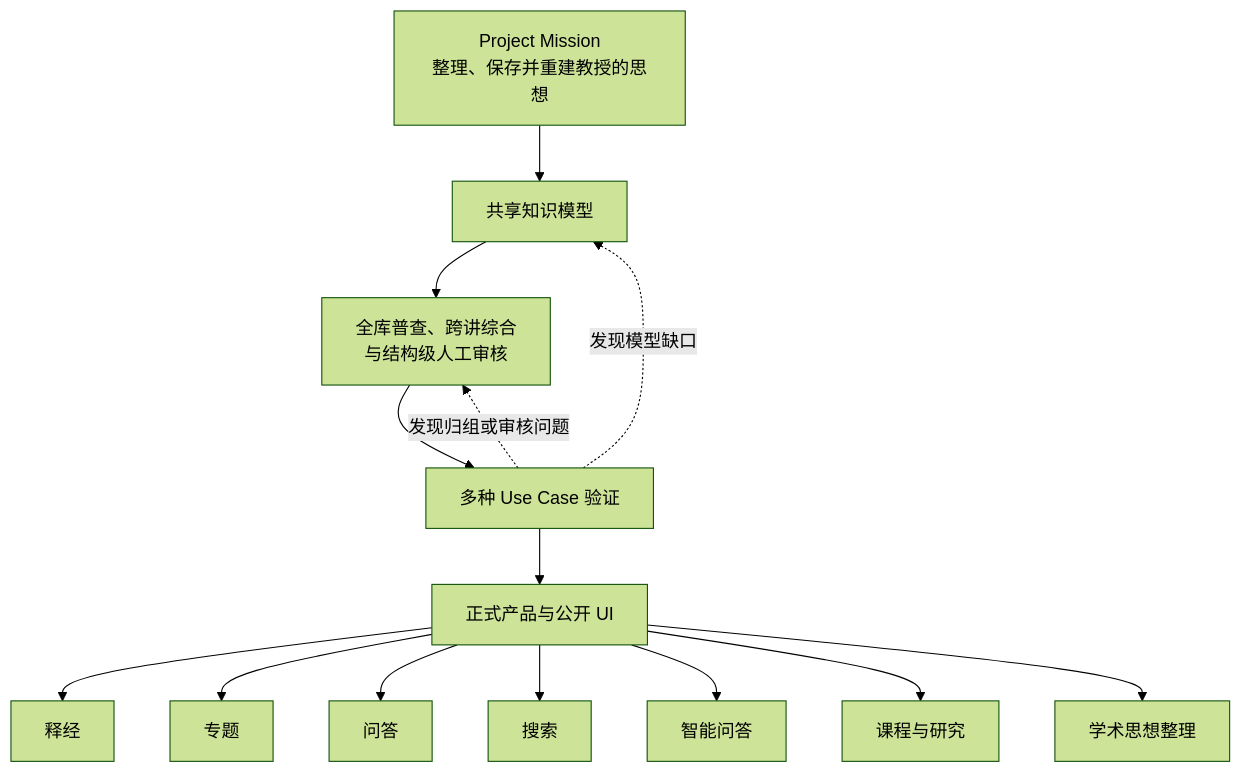
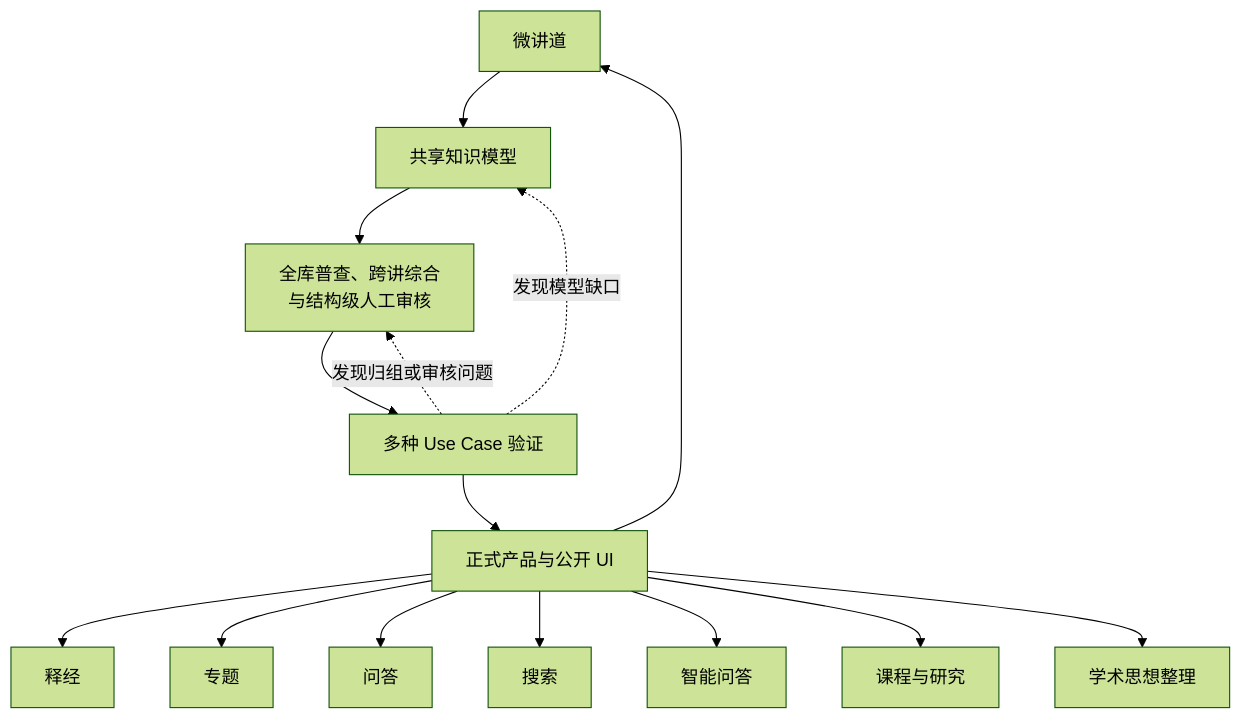
Before and after one commit to junyang168/smart-answer: the second of 9 diagrams in docs/wang-knowledge-platform/knowledge_platform_design.md, drawn with Mermaid (forest theme). The commit also changed other lines of this file and 158 other files, not shown here.

````diff
--- a/docs/wang-knowledge-platform/knowledge_platform_design.md
+++ b/docs/wang-knowledge-platform/knowledge_platform_design.md
@@ -39,17 +43,18 @@
 ```mermaid
 flowchart TD
     M["Project Mission<br/>整理、保存并重建教授的思想"] --> K["共享知识模型"]
     K --> C["全库普查、跨讲综合<br/>与结构级人工审核"]
     C --> V["多种 Use Case 验证"]
     V --> P["正式产品与公开 UI"]
     P --> E["释经"]
     P --> T["专题"]
     P --> Q["问答"]
     P --> S["搜索"]
     P --> A["智能问答"]
     P --> R["课程与研究"]
     P --> H["学术思想整理"]
+    P --> M["微讲道"]
 
     V -. "发现模型缺口" .-> K
     V -. "发现归组或审核问题" .-> C
 ```
````
